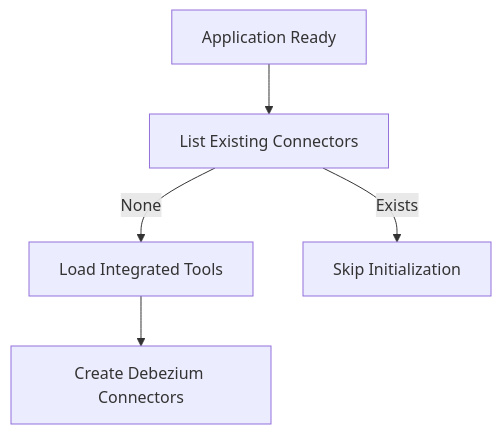
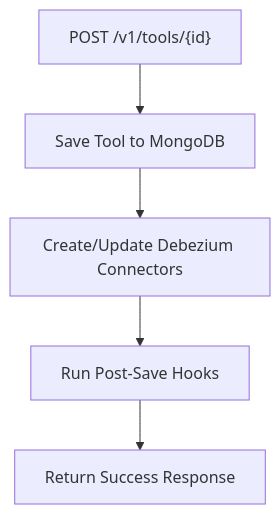
The third of 5 diagrams in docs/architecture/management-service-core/management-service-core.md (Praesto-Pro/openframe-oss-tenant), drawn with Mermaid before and after one commit. The commit also changed other lines of this file and 214 other files, not shown here.

````diff
--- a/docs/architecture/management-service-core/management-service-core.md
+++ b/docs/architecture/management-service-core/management-service-core.md
@@ -119,7 +152,7 @@
 ```mermaid
 flowchart TD
-    AppReady["Application Ready"] --> Check["List Existing Connectors"]
-    Check -->|"None"| LoadTools["Load Integrated Tools"]
-    LoadTools --> Create["Create Debezium Connectors"]
-    Check -->|"Exists"| Skip["Skip Initialization"]
+    Request["POST /v1/tools/{id}"] --> SaveTool["Save Tool to MongoDB"]
+    SaveTool --> CreateConnector["Create/Update Debezium Connectors"]
+    CreateConnector --> ExecuteHooks["Run Post-Save Hooks"]
+    ExecuteHooks --> Response["Return Success Response"]
 ```
````
